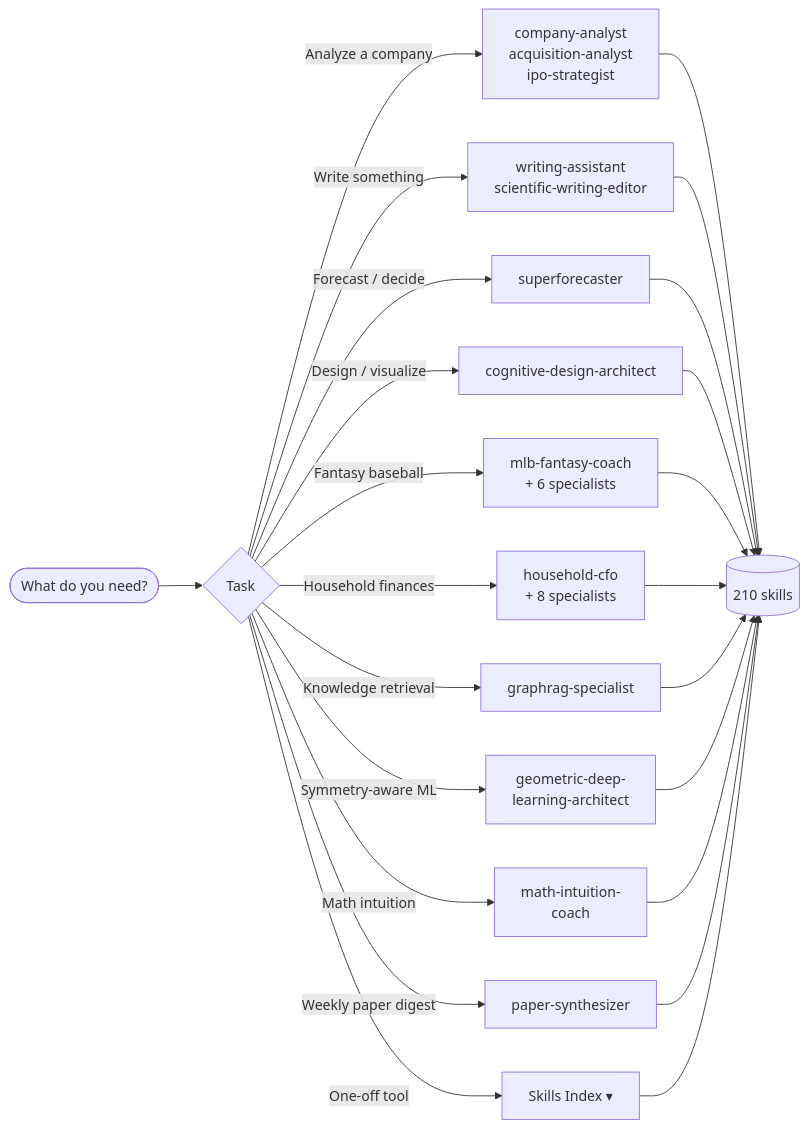
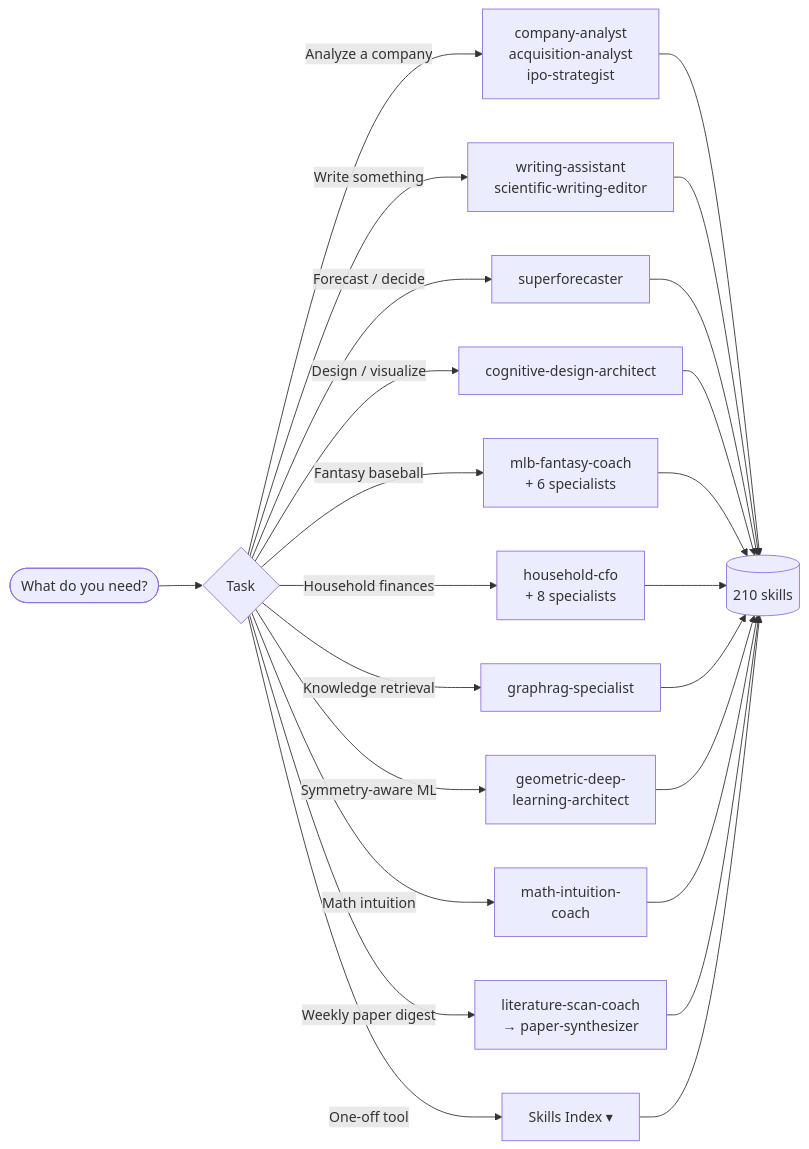
Before and after one commit to lyndonkl/claude: the diagram in README.md, drawn with Mermaid. The commit also changed other lines of this file and 2 other files, not shown here.

First line of the commit message:
Add literature-scan-coach as orchestrator for paper-synthesizer

````diff
--- a/README.md
+++ b/README.md
@@ -39,17 +39,17 @@
 ```mermaid
 flowchart LR
     U([What do you need?]) --> D{Task}
     D -->|Analyze a company| CA[company-analyst<br/>acquisition-analyst<br/>ipo-strategist]
     D -->|Write something| WA[writing-assistant<br/>scientific-writing-editor]
     D -->|Forecast / decide| SF[superforecaster]
     D -->|Design / visualize| CD[cognitive-design-architect]
     D -->|Fantasy baseball| MLB[mlb-fantasy-coach<br/>+ 6 specialists]
     D -->|Household finances| HF[household-cfo<br/>+ 8 specialists]
     D -->|Knowledge retrieval| GR[graphrag-specialist]
     D -->|Symmetry-aware ML| GDL[geometric-deep-<br/>learning-architect]
     D -->|Math intuition| MI[math-intuition-<br/>coach]
-    D -->|Weekly paper digest| PS[paper-synthesizer]
+    D -->|Weekly paper digest| LSC[literature-scan-coach<br/>→ paper-synthesizer]
     D -->|One-off tool| SK[Skills Index ▾]
-    CA & WA & SF & CD & MLB & HF & GR & GDL & MI & PS --> S[(210 skills)]
+    CA & WA & SF & CD & MLB & HF & GR & GDL & MI & LSC --> S[(210 skills)]
     SK --> S
 ```
````
